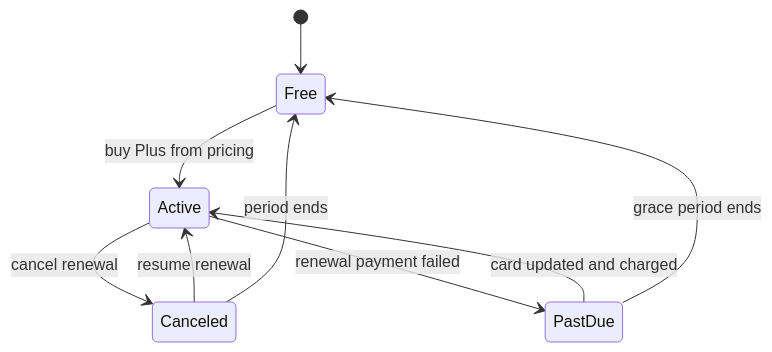
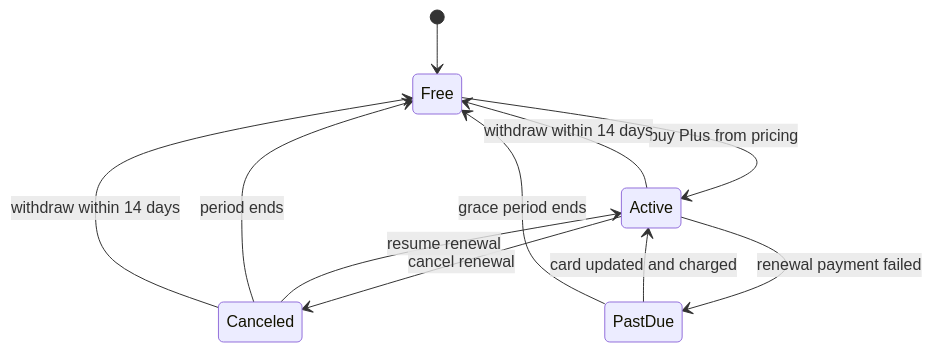
One commit to minhvblc/TestLibrary changed the second of 2 diagrams in docs/screens/SCR-PAY-03-goi-va-thanh-toan.md. Above: the diagram before and after it, drawn with Mermaid. The commit also changed other lines of this file and 22 other files, not shown here.

````diff
--- a/docs/screens/SCR-PAY-03-goi-va-thanh-toan.md
+++ b/docs/screens/SCR-PAY-03-goi-va-thanh-toan.md
@@ -90,11 +95,13 @@
 ```mermaid
 stateDiagram-v2
     [*] --> Free
     Free --> Active: buy Plus from pricing
     Active --> Canceled: cancel renewal
     Canceled --> Active: resume renewal
     Canceled --> Free: period ends
     Active --> PastDue: renewal payment failed
     PastDue --> Active: card updated and charged
     PastDue --> Free: grace period ends
+    Active --> Free: withdraw within 14 days
+    Canceled --> Free: withdraw within 14 days
 ```
````
